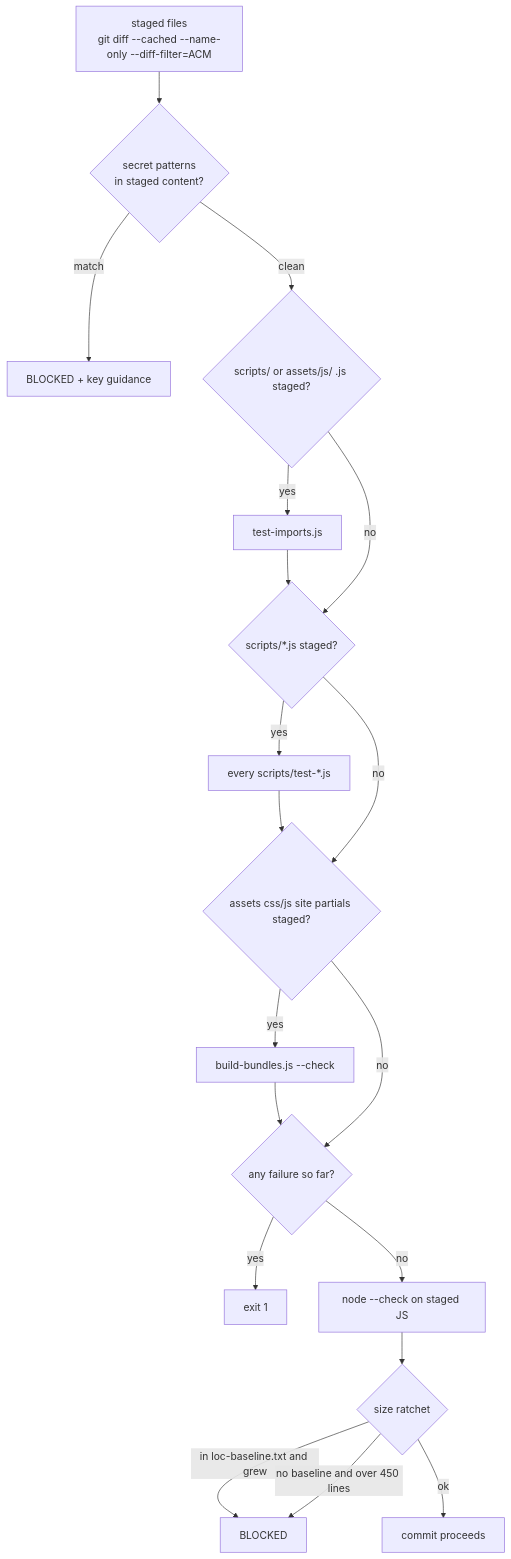
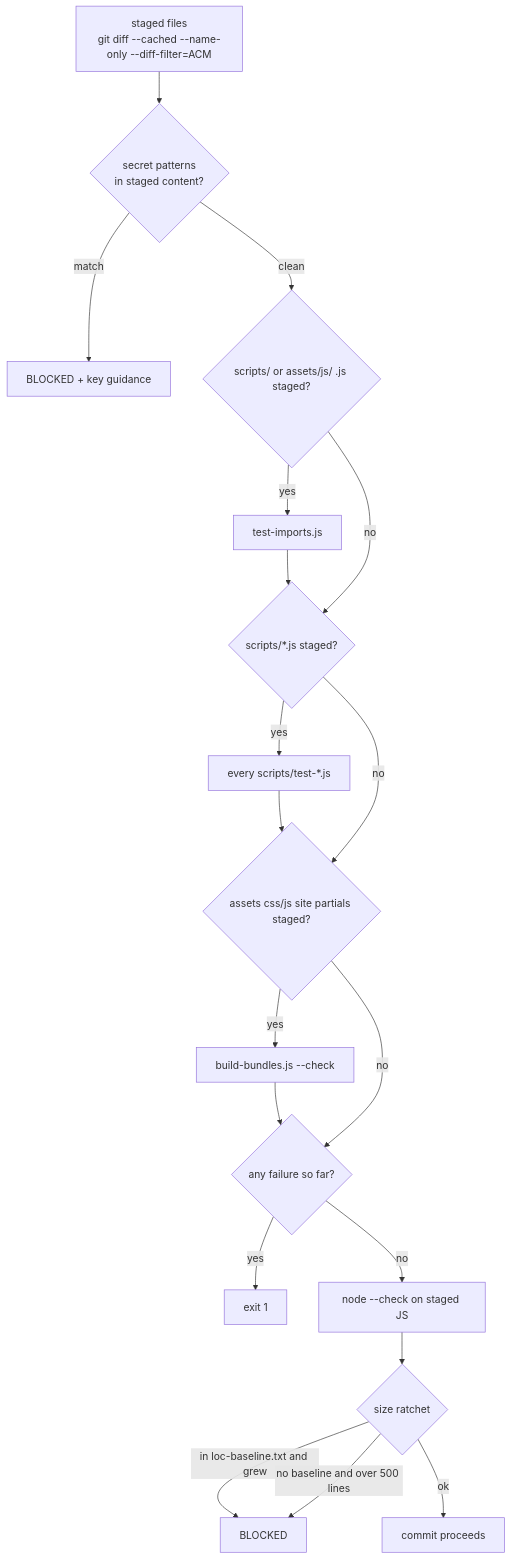
One commit to moses-y/moses-y.github.io changed the second of 2 diagrams in docs/architecture/08-cicd.md. Above: the diagram before and after it, drawn with Mermaid. The commit also changed other lines of this file and 4 other files, not shown here.

````diff
--- a/docs/architecture/08-cicd.md
+++ b/docs/architecture/08-cicd.md
@@ -121,21 +121,21 @@
 ```mermaid
 flowchart TD
     S["staged files<br/>git diff --cached --name-only --diff-filter=ACM"] --> A{secret patterns<br/>in staged content?}
     A -- match --> AF[BLOCKED + key guidance]
     A -- clean --> B{scripts/ or assets/js/ .js staged?}
     B -- yes --> B1[test-imports.js]
     B1 --> C{scripts/*.js staged?}
     B -- no --> C
     C -- yes --> C1["every scripts/test-*.js"]
     C1 --> D{"assets css/js site partials staged?"}
     C -- no --> D
     D -- yes --> D1[build-bundles.js --check]
     D1 --> E{any failure so far?}
     D -- no --> E
     E -- yes --> EF[exit 1]
     E -- no --> F[node --check on staged JS]
     F --> G{size ratchet}
     G -- "in loc-baseline.txt and grew" --> GF[BLOCKED]
-    G -- "no baseline and over 450 lines" --> GF
+    G -- "no baseline and over 500 lines" --> GF
     G -- ok --> OK[commit proceeds]
 ```
````
